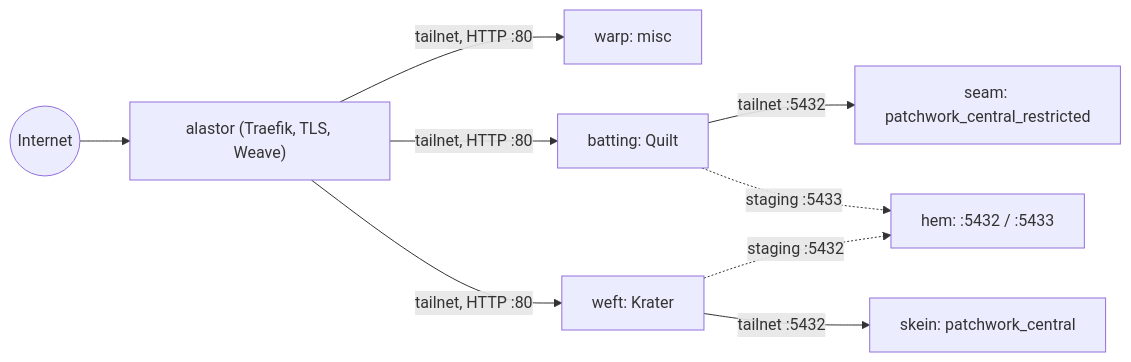
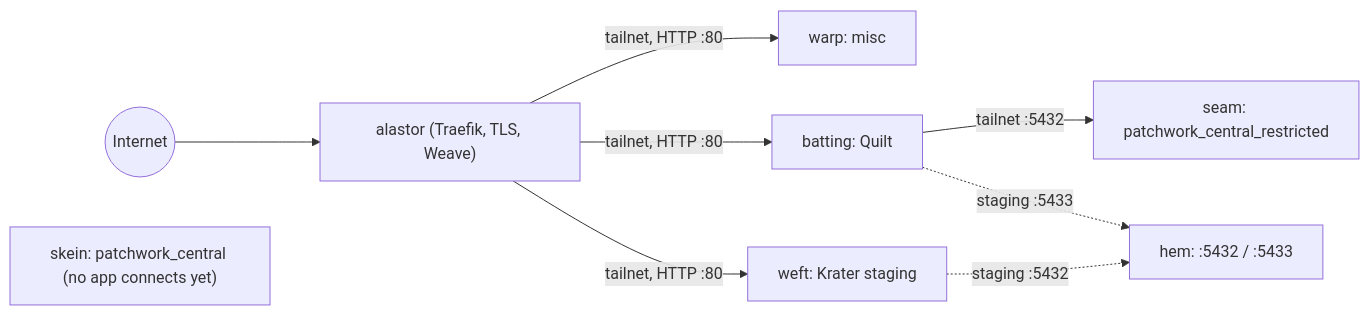
Before and after one commit to patchworklabsorg/infra: the first of 4 diagrams in README.md, drawn with Mermaid. The commit also changed other lines of this file and 19 other files, not shown here.

First line of the commit message:
feat(krater): krater staging on weft, production ready behind one switch (#32)

````diff
--- a/README.md
+++ b/README.md
@@ -57,11 +60,11 @@
 ```mermaid
 flowchart LR
   internet((Internet)) --> alastor["alastor (Traefik, TLS, Weave)"]
   alastor -- "tailnet, HTTP :80" --> warp["warp: misc"]
   alastor -- "tailnet, HTTP :80" --> batting["batting: Quilt"]
-  alastor -- "tailnet, HTTP :80" --> weft["weft: Krater"]
-  weft -- "tailnet :5432" --> skein["skein: patchwork_central"]
+  alastor -- "tailnet, HTTP :80" --> weft["weft: Krater staging"]
   batting -- "tailnet :5432" --> seam["seam: patchwork_central_restricted"]
   batting -. "staging :5433" .-> hem["hem: :5432 / :5433"]
   weft -. "staging :5432" .-> hem
+  skein["skein: patchwork_central (no app connects yet)"]
 ```
````
